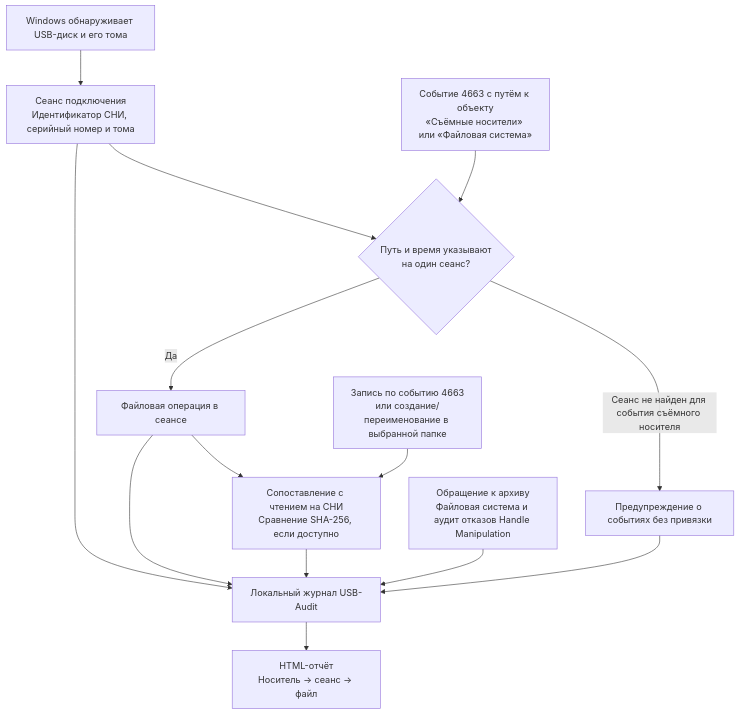
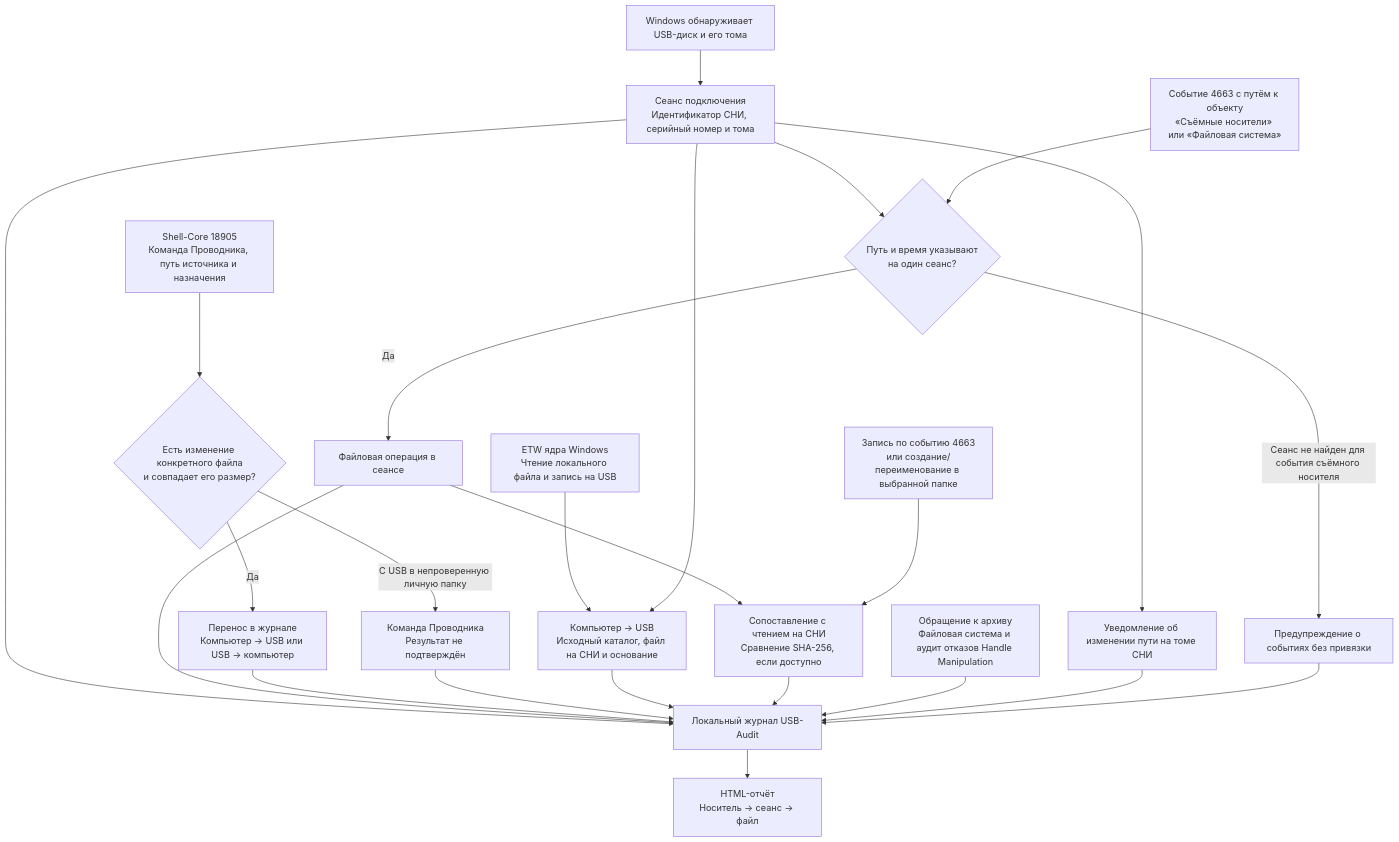
One commit to Amtonsi/usb-audit changed the diagram in README.md. Above: the diagram before and after it, drawn with Mermaid. The commit also changed other lines of this file and 27 other files, not shown here.

````diff
--- a/README.md
+++ b/README.md
@@ -25,27 +36,42 @@
 ```mermaid
 flowchart TB
     disk["Windows обнаруживает USB-диск и его тома"]
     session["Сеанс подключения<br/>Идентификатор СНИ, серийный номер и тома"]
     eventlog["Событие 4663 с путём к объекту<br/>«Съёмные носители» или «Файловая система»"]
     match{"Путь и время указывают<br/>на один сеанс?"}
     record["Файловая операция в сеансе"]
     notice["Предупреждение о событиях без привязки"]
     local["Запись по событию 4663<br/>или создание/переименование в выбранной папке"]
     pair["Сопоставление с чтением на СНИ<br/>Сравнение SHA-256, если доступно"]
     archive["Обращение к архиву<br/>Файловая система и аудит отказов Handle Manipulation"]
+    change["Уведомление об изменении пути на томе СНИ"]
     log["Локальный журнал USB-Audit"]
     report["HTML-отчёт<br/>Носитель → сеанс → файл"]
     disk --> session
     session --> match
     eventlog --> match
     match -->|Да| record
     match -->|Сеанс не найден для события съёмного носителя| notice
     session --> log
     record --> log
     record --> pair
     local --> pair
+    etw["ETW ядра Windows<br/>Чтение локального файла и запись на USB"]
+    incoming["Компьютер → USB<br/>Исходный каталог, файл на СНИ и основание"]
+    etw --> incoming
+    shell["Shell-Core 18905<br/>Команда Проводника, путь источника и назначения"]
+    verify{"Есть изменение конкретного файла<br/>и совпадает его размер?"}
+    shell --> verify
+    verify -->|Да| transfer["Перенос в журнале<br/>Компьютер → USB или USB → компьютер"]
+    verify -->|С USB в непроверенную личную папку| command["Команда Проводника<br/>Результат не подтверждён"]
+    transfer --> log
+    command --> log
+    session --> incoming
+    incoming --> log
     pair --> log
     archive --> log
+    session --> change
+    change --> log
     notice --> log
     log --> report
 ```
````
